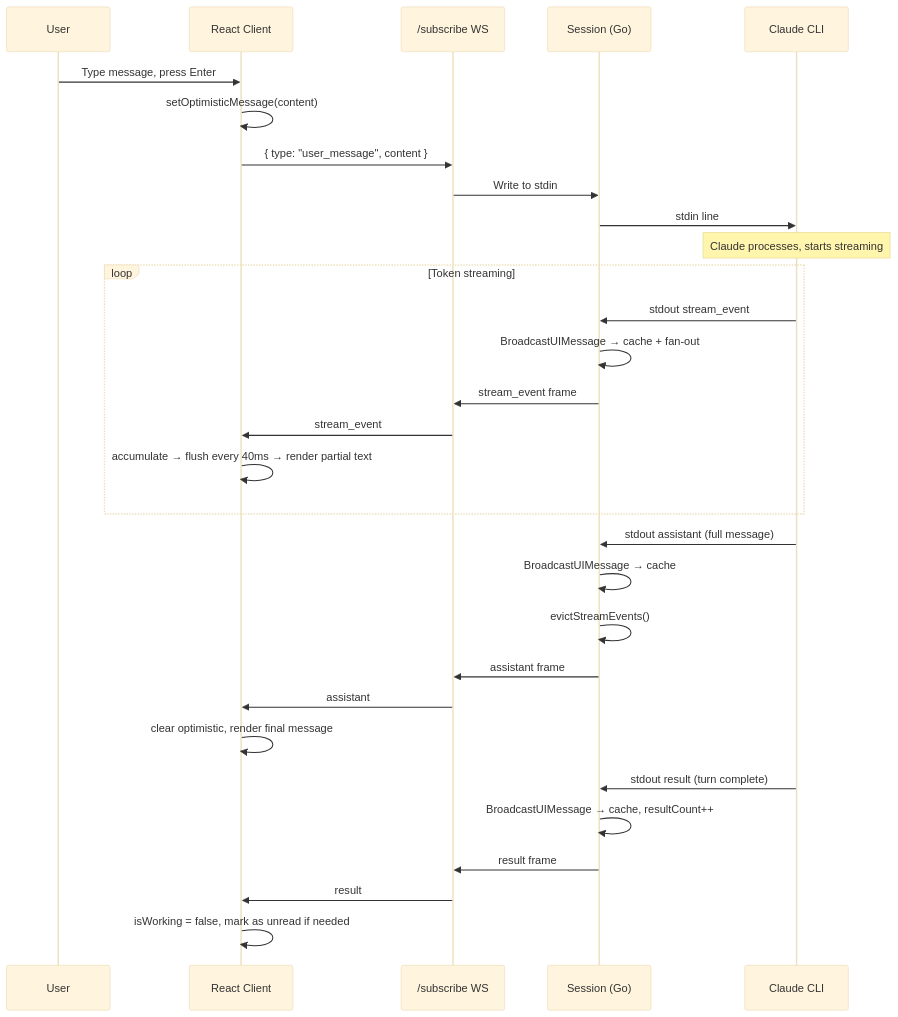
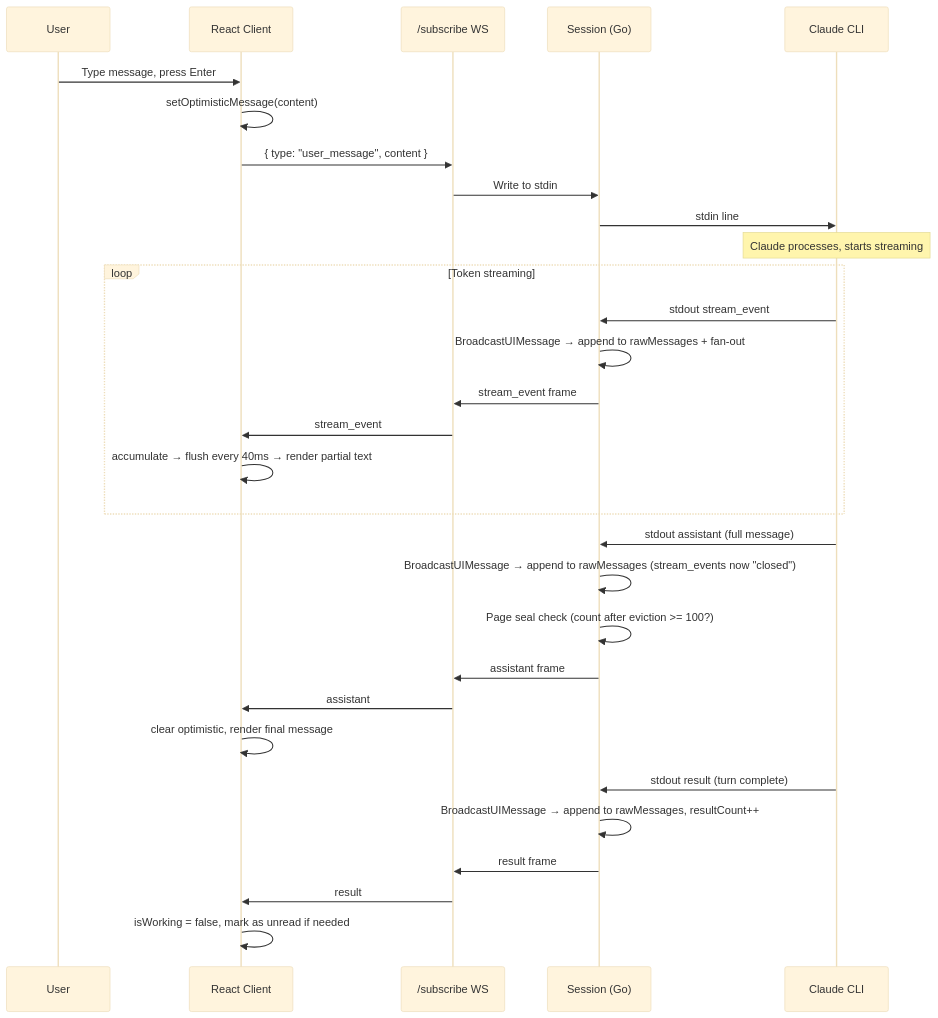
One commit to xiaoyuanzhu-com/my-life-db-docs changed the third of 3 diagrams in src/content/docs/internal/claude-code/session-messages-review.md. Above: the diagram before and after it, drawn with Mermaid (base theme). The commit also changed other lines of this file, not shown here.

First line of the commit message:
docs: refactor session messages review for append-only raw messages and page-based pagination

````diff
--- a/src/content/docs/internal/claude-code/session-messages-review.md
+++ b/src/content/docs/internal/claude-code/session-messages-review.md
@@ -497,37 +515,37 @@
 ```mermaid
 sequenceDiagram
     participant U as User
     participant C as React Client
     participant WS as /subscribe WS
     participant Sess as Session (Go)
     participant Proc as Claude CLI
 
     U->>C: Type message, press Enter
     C->>C: setOptimisticMessage(content)
     C->>WS: { type: "user_message", content }
     WS->>Sess: Write to stdin
     Sess->>Proc: stdin line
 
     Note over Proc: Claude processes, starts streaming
 
     loop Token streaming
         Proc->>Sess: stdout stream_event
-        Sess->>Sess: BroadcastUIMessage → cache + fan-out
+        Sess->>Sess: BroadcastUIMessage → append to rawMessages + fan-out
         Sess->>WS: stream_event frame
         WS->>C: stream_event
         C->>C: accumulate → flush every 40ms → render partial text
     end
 
     Proc->>Sess: stdout assistant (full message)
-    Sess->>Sess: BroadcastUIMessage → cache
-    Sess->>Sess: evictStreamEvents()
+    Sess->>Sess: BroadcastUIMessage → append to rawMessages (stream_events now "closed")
+    Sess->>Sess: Page seal check (count after eviction >= 100?)
     Sess->>WS: assistant frame
     WS->>C: assistant
     C->>C: clear optimistic, render final message
 
     Proc->>Sess: stdout result (turn complete)
-    Sess->>Sess: BroadcastUIMessage → cache, resultCount++
+    Sess->>Sess: BroadcastUIMessage → append to rawMessages, resultCount++
     Sess->>WS: result frame
     WS->>C: result
     C->>C: isWorking = false, mark as unread if needed
 ```
````
